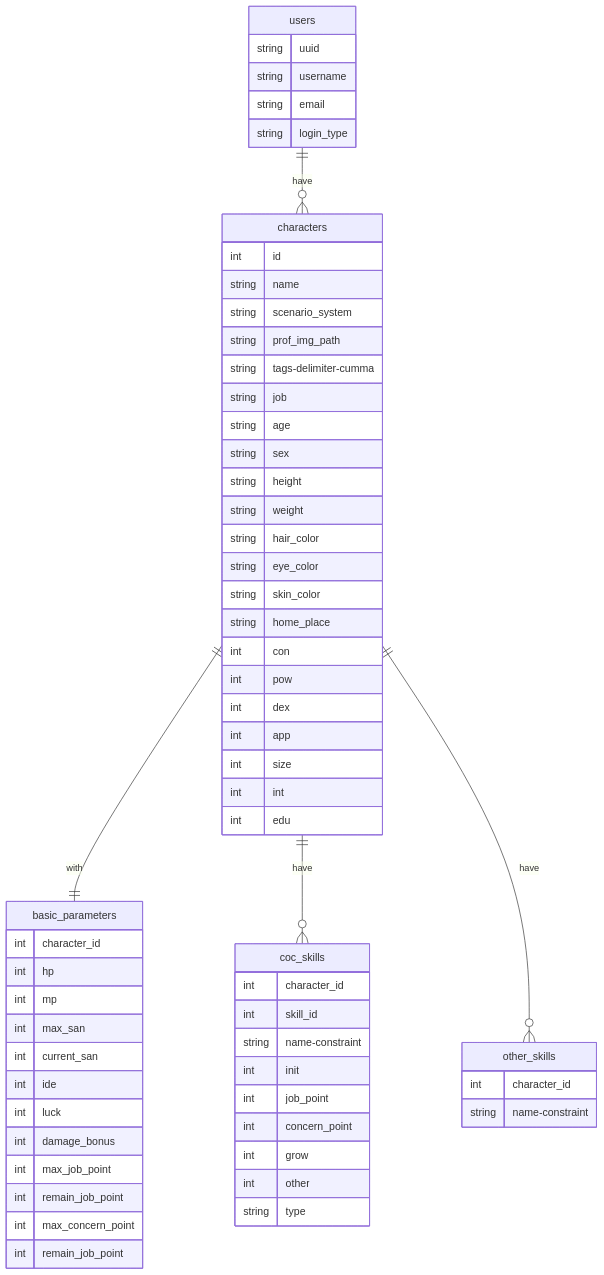
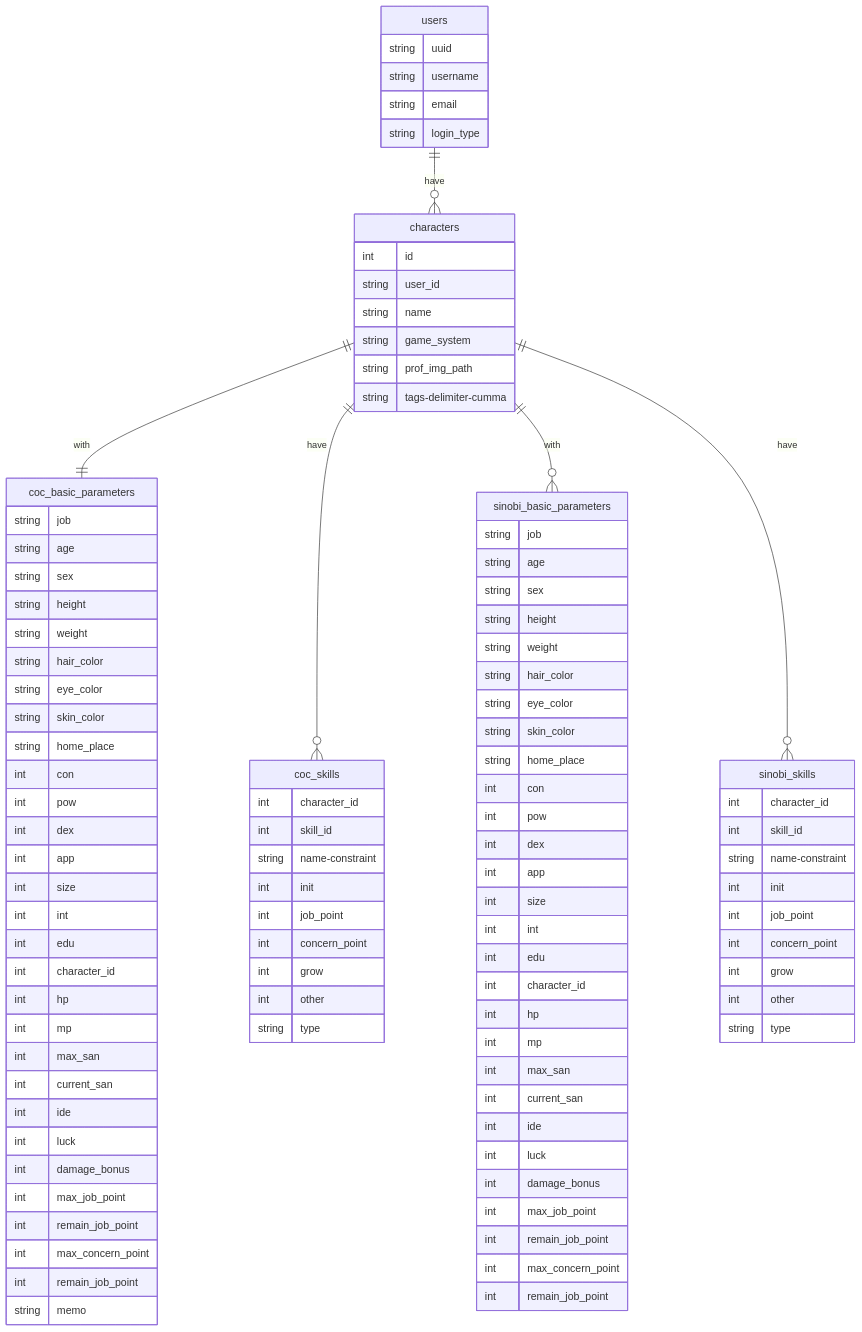
Before and after one commit to kitsystemyou/character-manager-backend: the diagram in docs/enthithi.md, drawn with Mermaid.

````diff
--- a/docs/enthithi.md
+++ b/docs/enthithi.md
@@ -3,9 +3,10 @@
 erDiagram
 
 users ||--o{ characters : have
-characters ||--|| basic_parameters : with
+characters ||--|| coc_basic_parameters : with
 characters ||--o{ coc_skills : have
-characters ||--o{ other_skills : have
+characters ||--o{ sinobi_basic_parameters : with
+characters ||--o{ sinobi_skills : have
 
 users {
   string uuid
@@ -16,10 +17,14 @@
 
 characters {
   int id
+  string user_id
   string name
-  string scenario_system
+  string game_system
   string prof_img_path
   string tags-delimiter-cumma
+}
+
+coc_basic_parameters {
   string job
   string age
   string sex
@@ -36,21 +41,50 @@
   int size
   int int
   int edu
+  int character_id
+  int hp
+  int mp
+  int max_san
+  int current_san
+  int ide
+  int luck
+  int damage_bonus
+  int max_job_point
+  int remain_job_point
+  int max_concern_point
+  int remain_job_point
+  string memo
 }
 
-basic_parameters {
-    int character_id
-    int hp
-    int mp
-    int max_san
-    int current_san
-    int ide
-    int luck
-    int damage_bonus
-    int max_job_point
-    int remain_job_point
-    int max_concern_point
-    int remain_job_point
+sinobi_basic_parameters {
+  string job
+  string age
+  string sex
+  string height
+  string weight
+  string hair_color
+  string eye_color
+  string skin_color
+  string home_place
+  int con
+  int pow
+  int dex
+  int app
+  int size
+  int int
+  int edu
+  int character_id
+  int hp
+  int mp
+  int max_san
+  int current_san
+  int ide
+  int luck
+  int damage_bonus
+  int max_job_point
+  int remain_job_point
+  int max_concern_point
+  int remain_job_point
 }
 
 coc_skills {
@@ -65,9 +99,15 @@
   string type
 }
 
-other_skills {
-    int character_id
-    string name-constraint
+sinobi_skills {
+  int character_id
+  int skill_id
+  string name-constraint
+  int init
+  int job_point
+  int concern_point
+  int grow
+  int other
+  string type
 }
-
 ```
````
